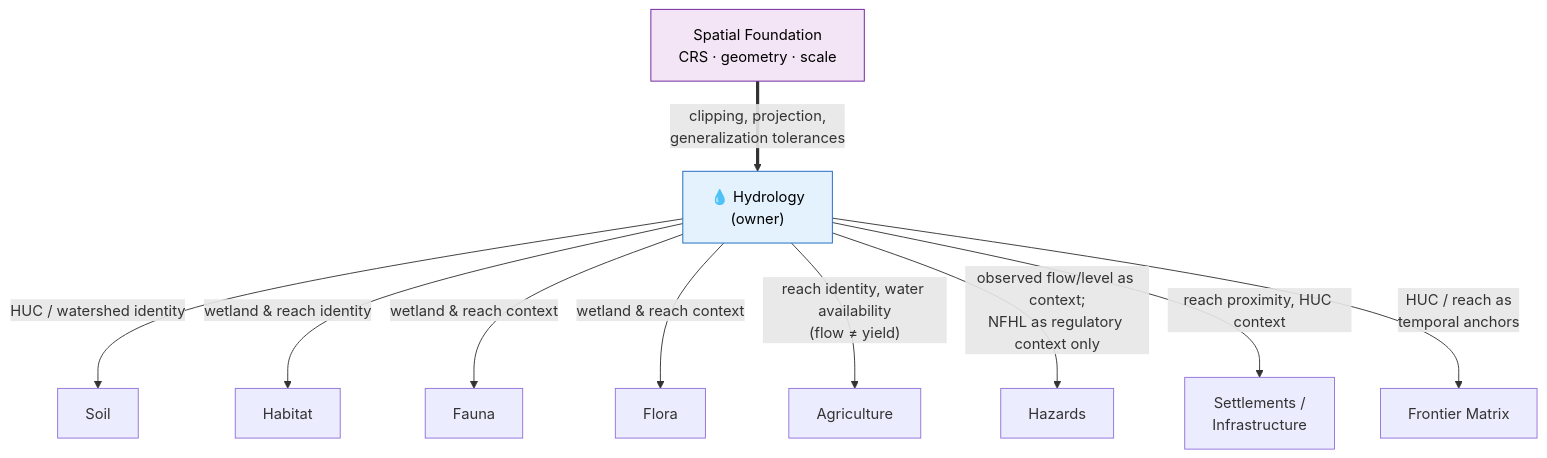
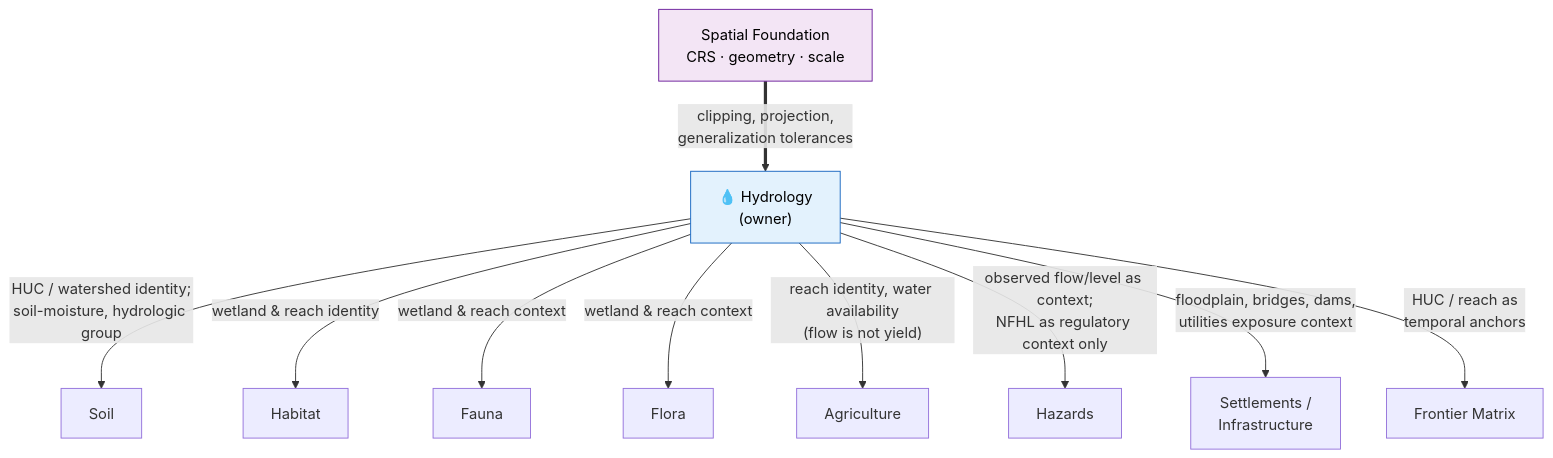
One commit to bartytime4life/Kansas-Frontier-Matrix changed the second of 2 diagrams in docs/domains/hydrology/README.md. Above: the diagram before and after it, drawn with Mermaid. The commit also changed other lines of this file, not shown here.

````diff
--- a/docs/domains/hydrology/README.md
+++ b/docs/domains/hydrology/README.md
@@ -302,18 +333,18 @@
 ```mermaid
 flowchart TB
   SF["Spatial Foundation<br/>CRS · geometry · scale"] ==>|"clipping, projection,<br/>generalization tolerances"| HYD
   HYD["💧 Hydrology<br/>(owner)"]
-  HYD -->|"HUC / watershed identity"| SOIL["Soil"]
+  HYD -->|"HUC / watershed identity;<br/>soil-moisture, hydrologic group"| SOIL["Soil"]
   HYD -->|"wetland & reach identity"| HAB["Habitat"]
   HYD -->|"wetland & reach context"| FAUNA["Fauna"]
   HYD -->|"wetland & reach context"| FLORA["Flora"]
-  HYD -->|"reach identity, water availability<br/>(flow ≠ yield)"| AG["Agriculture"]
+  HYD -->|"reach identity, water availability<br/>(flow is not yield)"| AG["Agriculture"]
   HYD -->|"observed flow/level as context;<br/>NFHL as regulatory context only"| HAZ["Hazards"]
-  HYD -->|"reach proximity, HUC context"| SETTLE["Settlements /<br/>Infrastructure"]
+  HYD -->|"floodplain, bridges, dams,<br/>utilities exposure context"| SETTLE["Settlements /<br/>Infrastructure"]
   HYD -->|"HUC / reach as<br/>temporal anchors"| FM["Frontier Matrix"]
 
   classDef owner fill:#e3f2fd,stroke:#1565c0,color:#000;
   classDef upstream fill:#f3e5f5,stroke:#6a1b9a,color:#000;
   class HYD owner;
   class SF upstream;
 ```
````
